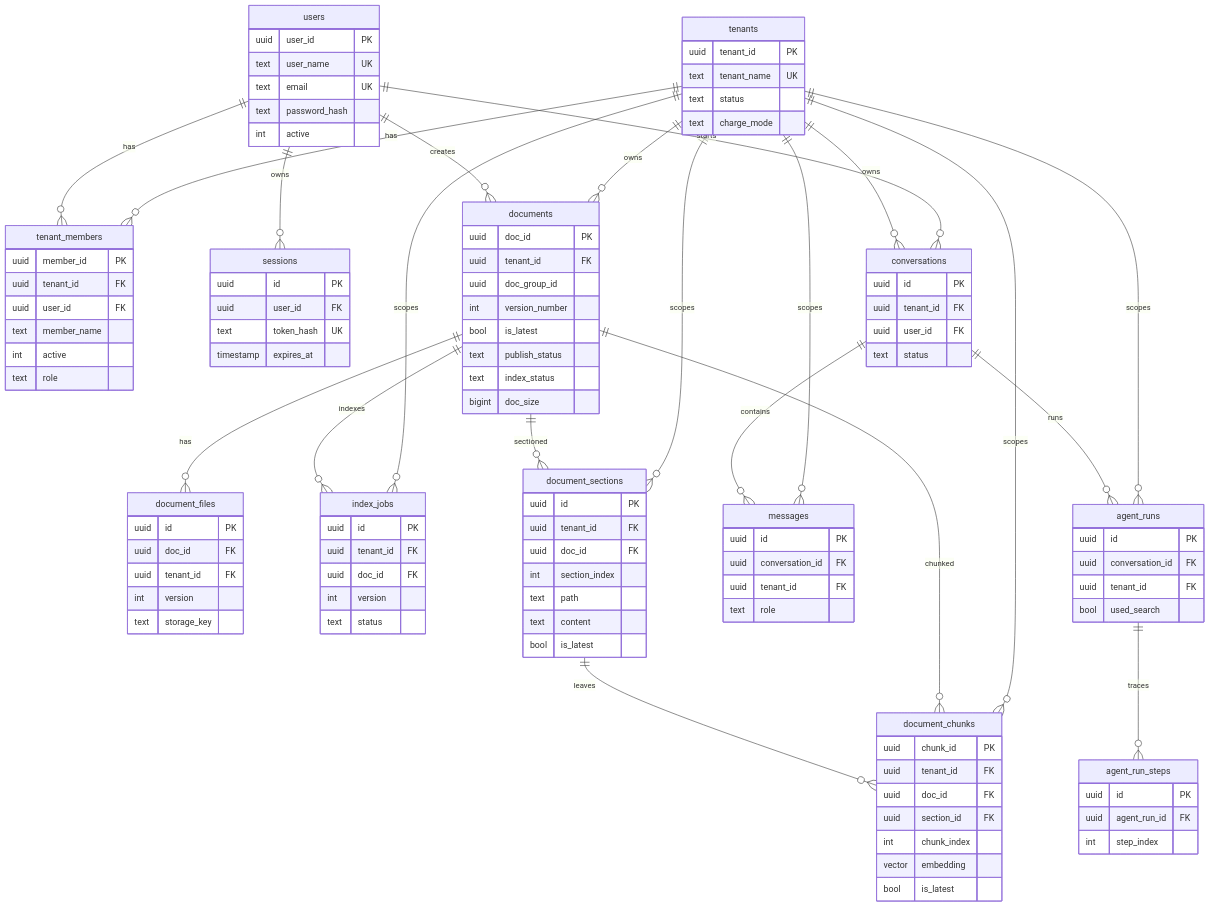
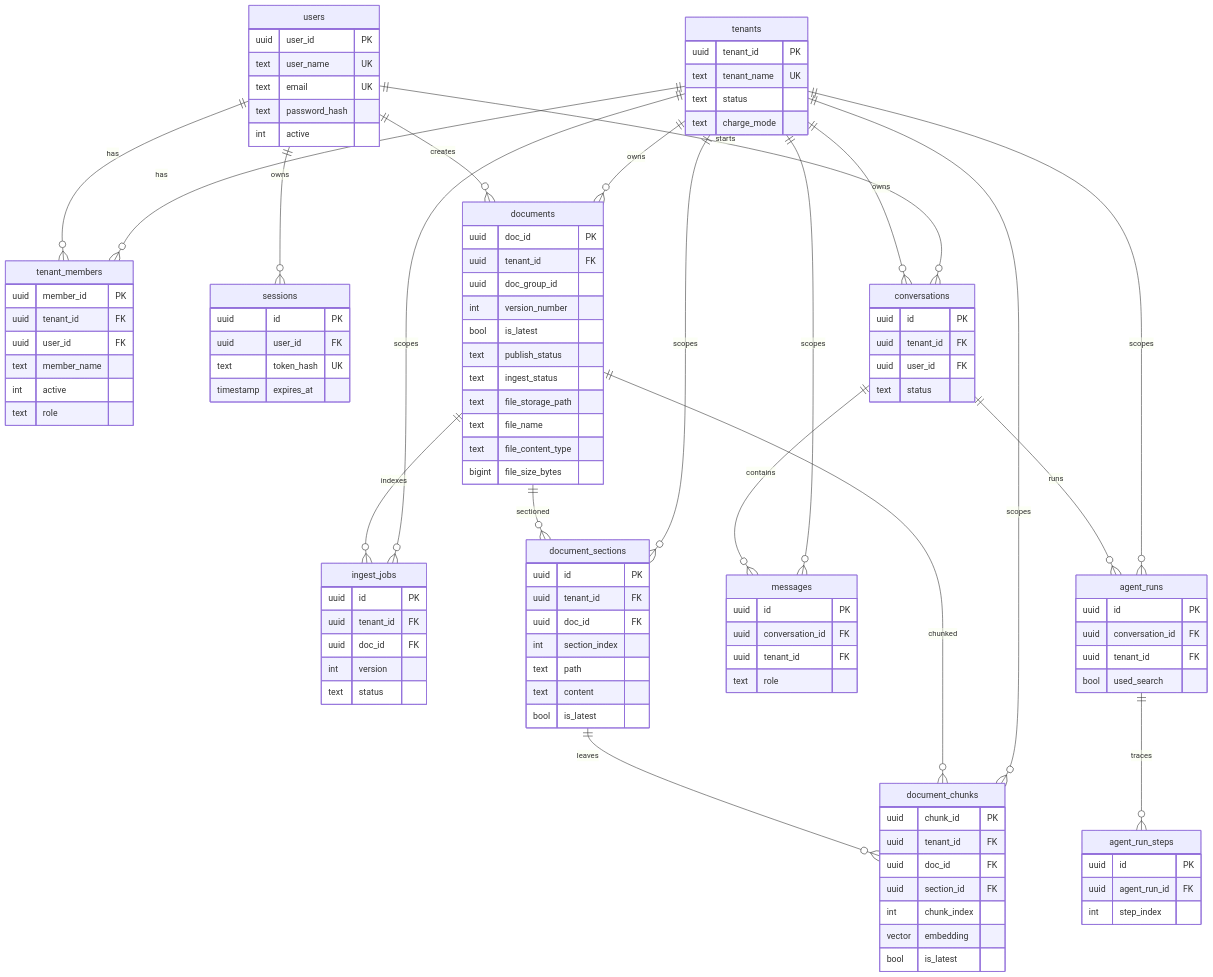
One commit to zmisi/rag-as-service changed the diagram in docs/specs/phase1/02-data-model.md. Above: the diagram before and after it, drawn with Mermaid. The commit also changed other lines of this file and 71 other files, not shown here.

```diff
--- a/docs/specs/phase1/02-data-model.md
+++ b/docs/specs/phase1/02-data-model.md
@@ -58,9 +58,8 @@
   users ||--o{ sessions : owns
   users ||--o{ documents : creates
   tenants ||--o{ documents : owns
-  documents ||--o{ document_files : has
-  documents ||--o{ index_jobs : indexes
-  tenants ||--o{ index_jobs : scopes
+  documents ||--o{ ingest_jobs : indexes
+  tenants ||--o{ ingest_jobs : scopes
   documents ||--o{ document_sections : sectioned
   tenants ||--o{ document_sections : scopes
   document_sections ||--o{ document_chunks : leaves
@@ -108,17 +107,13 @@
     int version_number
     bool is_latest
     text publish_status
-    text index_status
-    bigint doc_size
+    text ingest_status
+    text file_storage_path
+    text file_name
+    text file_content_type
+    bigint file_size_bytes
   }
-  document_files {
-    uuid id PK
-    uuid doc_id FK
-    uuid tenant_id FK
-    int version
-    text storage_key
-  }
-  index_jobs {
+  ingest_jobs {
     uuid id PK
     uuid tenant_id FK
     uuid doc_id FK
```
